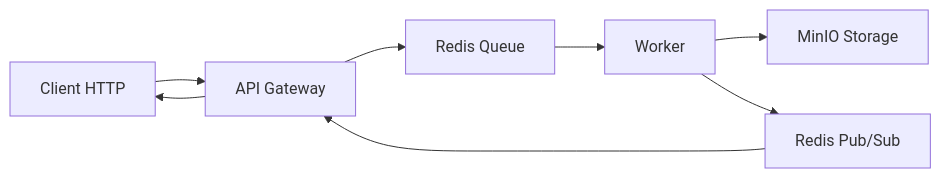
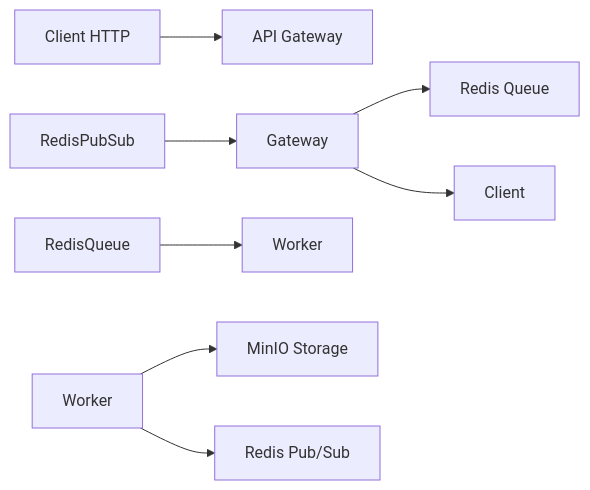
One commit to IgloBruh/Go-micro-autocheker changed the diagram in README.md. Above: the diagram before and after it, drawn with Mermaid. The commit also changed other lines of this file, not shown here.

````diff
--- a/README.md
+++ b/README.md
@@ -16,11 +16,11 @@
 ``` mermaid
 flowchart LR
-    Client[Client HTTP] --> Gateway[API Gateway]
-    Gateway --> RedisQueue[Redis Queue]
-    RedisQueue --> Worker[Worker]
-    Worker --> MinIO[MinIO Storage]
+    Client\[Client HTTP] --> Gateway\[API Gateway]
+    Gateway --> RedisQueue\[Redis Queue]
+    RedisQueue --> Worker\[Worker]
+    Worker --> MinIO\[MinIO Storage]
 
-    Worker --> RedisPubSub[Redis Pub/Sub]
+    Worker --> RedisPubSub\[Redis Pub/Sub]
     RedisPubSub --> Gateway
     Gateway --> Client
 ```
````
